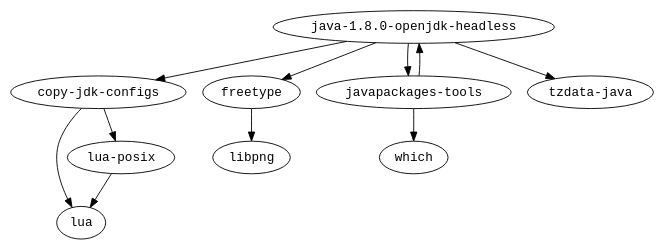
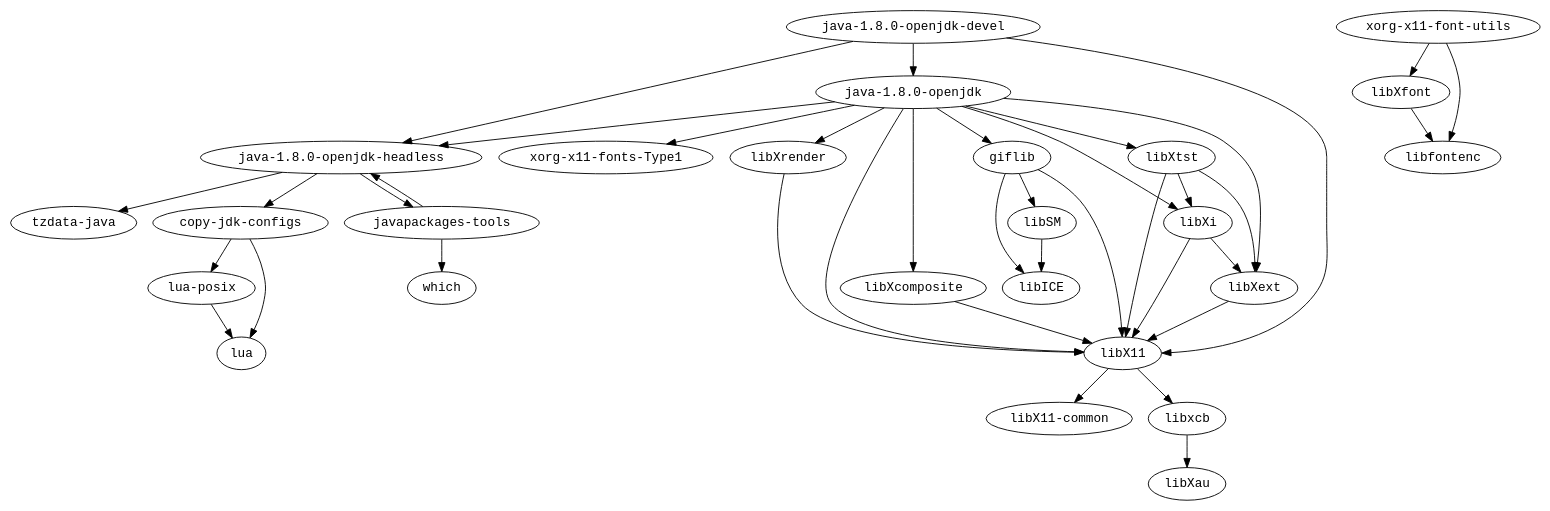
Before and after one commit to fedora-modularity/dependency-report: the diagram in modules/java/armv7hl/graph.dot, drawn with Graphviz. The commit also changed 6300 other files, not shown here.

```diff
--- a/modules/java/armv7hl/graph.dot
+++ b/modules/java/armv7hl/graph.dot
@@ -1,13 +1,41 @@
 strict digraph G {
 node [fontname=monospace];
   "copy-jdk-configs" -> "lua";
   "copy-jdk-configs" -> "lua-posix";
-  "freetype" -> "libpng";
+  "giflib" -> "libICE";
+  "giflib" -> "libSM";
+  "giflib" -> "libX11";
+  "java-1.8.0-openjdk-devel" -> "java-1.8.0-openjdk";
+  "java-1.8.0-openjdk-devel" -> "java-1.8.0-openjdk-headless";
+  "java-1.8.0-openjdk-devel" -> "libX11";
+  "java-1.8.0-openjdk" -> "giflib";
   "java-1.8.0-openjdk-headless" -> "copy-jdk-configs";
-  "java-1.8.0-openjdk-headless" -> "freetype";
   "java-1.8.0-openjdk-headless" -> "javapackages-tools";
   "java-1.8.0-openjdk-headless" -> "tzdata-java";
+  "java-1.8.0-openjdk" -> "java-1.8.0-openjdk-headless";
+  "java-1.8.0-openjdk" -> "libX11";
+  "java-1.8.0-openjdk" -> "libXcomposite";
+  "java-1.8.0-openjdk" -> "libXext";
+  "java-1.8.0-openjdk" -> "libXi";
+  "java-1.8.0-openjdk" -> "libXrender";
+  "java-1.8.0-openjdk" -> "libXtst";
+  "java-1.8.0-openjdk" -> "xorg-x11-fonts-Type1";
   "javapackages-tools" -> "java-1.8.0-openjdk-headless";
   "javapackages-tools" -> "which";
+  "libSM" -> "libICE";
+  "libX11" -> "libX11-common";
+  "libX11" -> "libxcb";
+  "libxcb" -> "libXau";
+  "libXcomposite" -> "libX11";
+  "libXext" -> "libX11";
+  "libXfont" -> "libfontenc";
+  "libXi" -> "libX11";
+  "libXi" -> "libXext";
+  "libXrender" -> "libX11";
+  "libXtst" -> "libX11";
+  "libXtst" -> "libXext";
+  "libXtst" -> "libXi";
   "lua-posix" -> "lua";
+  "xorg-x11-font-utils" -> "libfontenc";
+  "xorg-x11-font-utils" -> "libXfont";
 }
```
